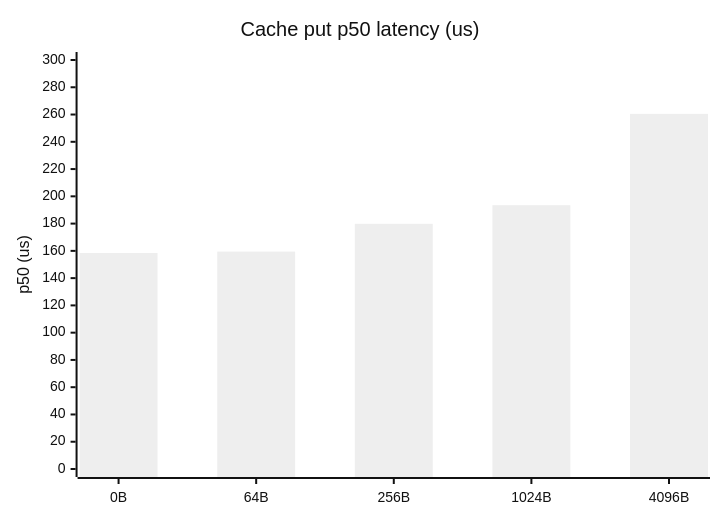
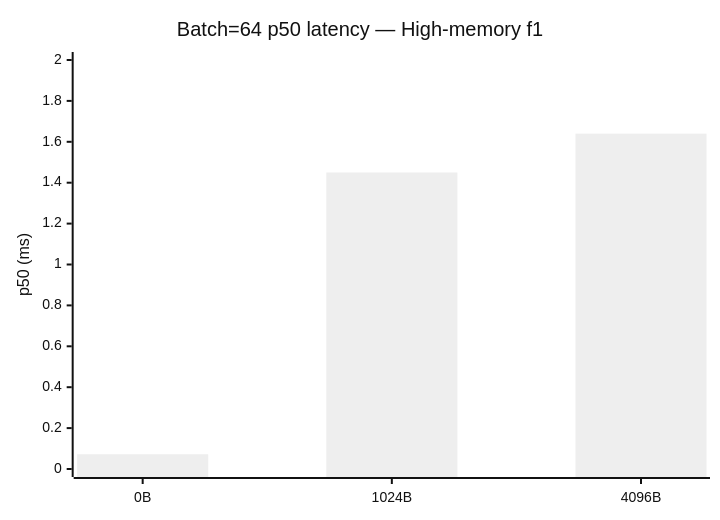
Diagram 11 of 22 in services/broker/README.md (gabloe/felix), drawn with Mermaid (neutral theme) before and after one commit. The commit also changed other lines of this file and 2 other files, not shown here.

````diff
--- a/services/broker/README.md
+++ b/services/broker/README.md
@@ -139,7 +155,7 @@
 ```mermaid
 xychart-beta
-    title "Cache put p50 latency (us)"
-    x-axis ["0B","64B","256B","1024B","4096B"]
-    y-axis "p50 (us)" 0 --> 300
-    bar "put" [158.46,159.46,179.83,193.50,260.50]
+    title "Batch=64 p50 latency — High-memory f1"
+    x-axis ["0B","1024B","4096B"]
+    y-axis "p50 (ms)" 0 --> 2
+    bar [0.072,1.450,1.640]
 ```
````
